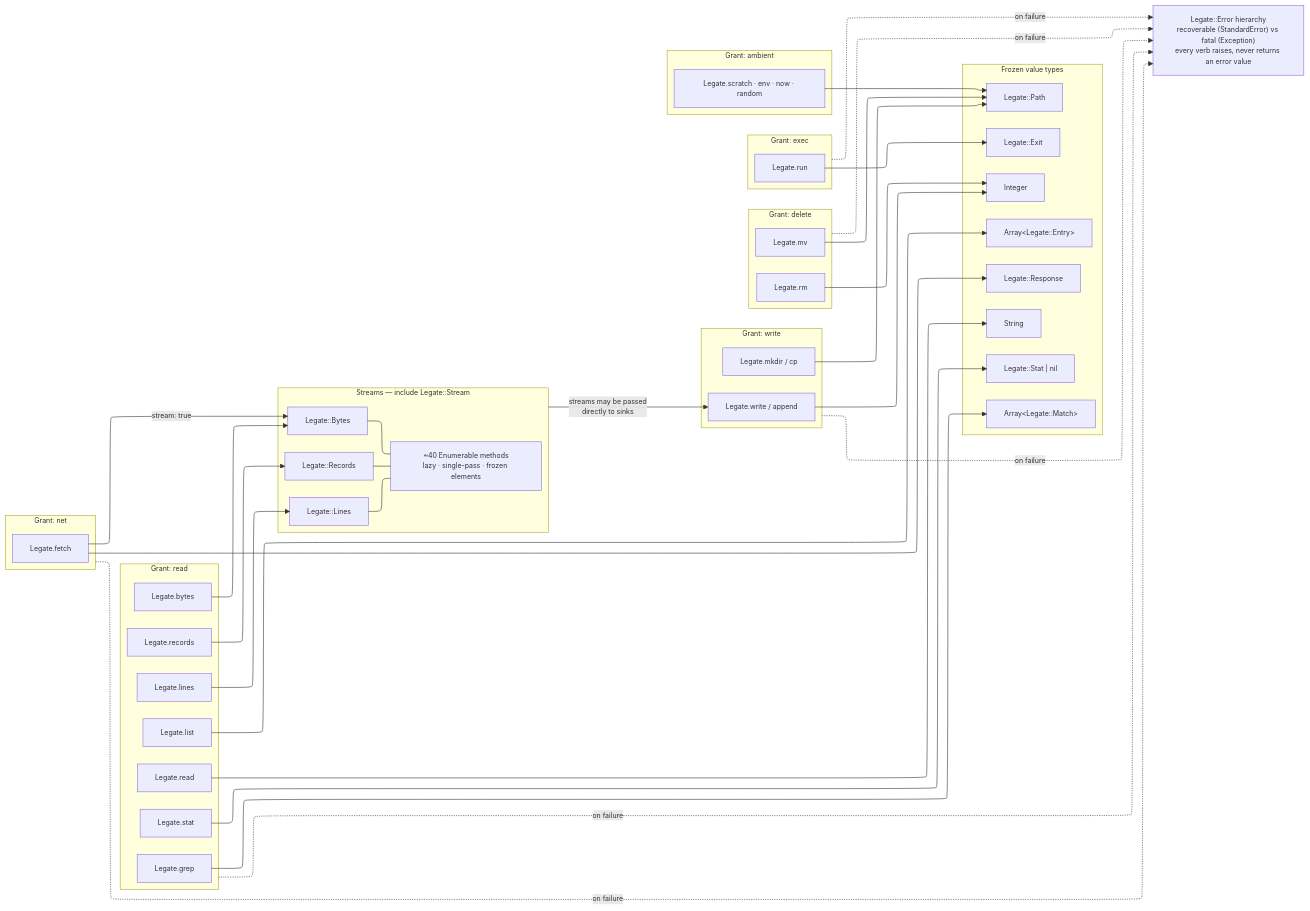
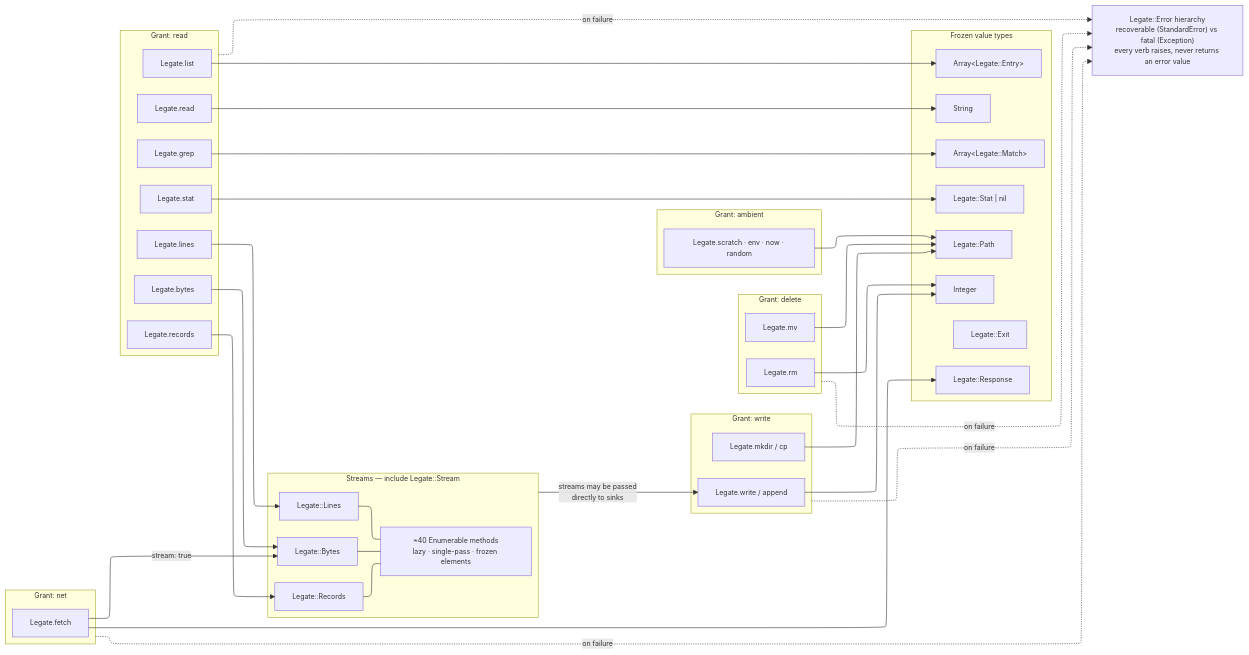
One commit to ModelArmy/adjutant.cr changed the second of 3 diagrams in LEGATE.md. Above: the diagram before and after it, drawn with Mermaid. The commit also changed other lines of this file and 16 other files, not shown here.

````diff
--- a/LEGATE.md
+++ b/LEGATE.md
@@ -336,10 +334,6 @@
 
     subgraph G3["Grant: net"]
         V11["Legate.fetch"]
-    end
-
-    subgraph G4["Grant: exec"]
-        V12["Legate.run"]
     end
 
     subgraph G5["Grant: ambient"]
@@ -379,12 +373,11 @@
     V10 --> T8
     V10B --> T7
     V11 --> T5
-    V12 --> T6
     V13 --> T7
 
     STR -->|"streams may be passed<br/>directly to sinks"| V8
     V11 -->|"stream: true"| S2
 
     ERR["Legate::Error hierarchy<br/>recoverable (StandardError) vs fatal (Exception)<br/>every verb raises, never returns an error value"]
-    G1 & G2 & G2D & G3 & G4 -.->|"on failure"| ERR
+    G1 & G2 & G2D & G3 -.->|"on failure"| ERR
 ```
````
